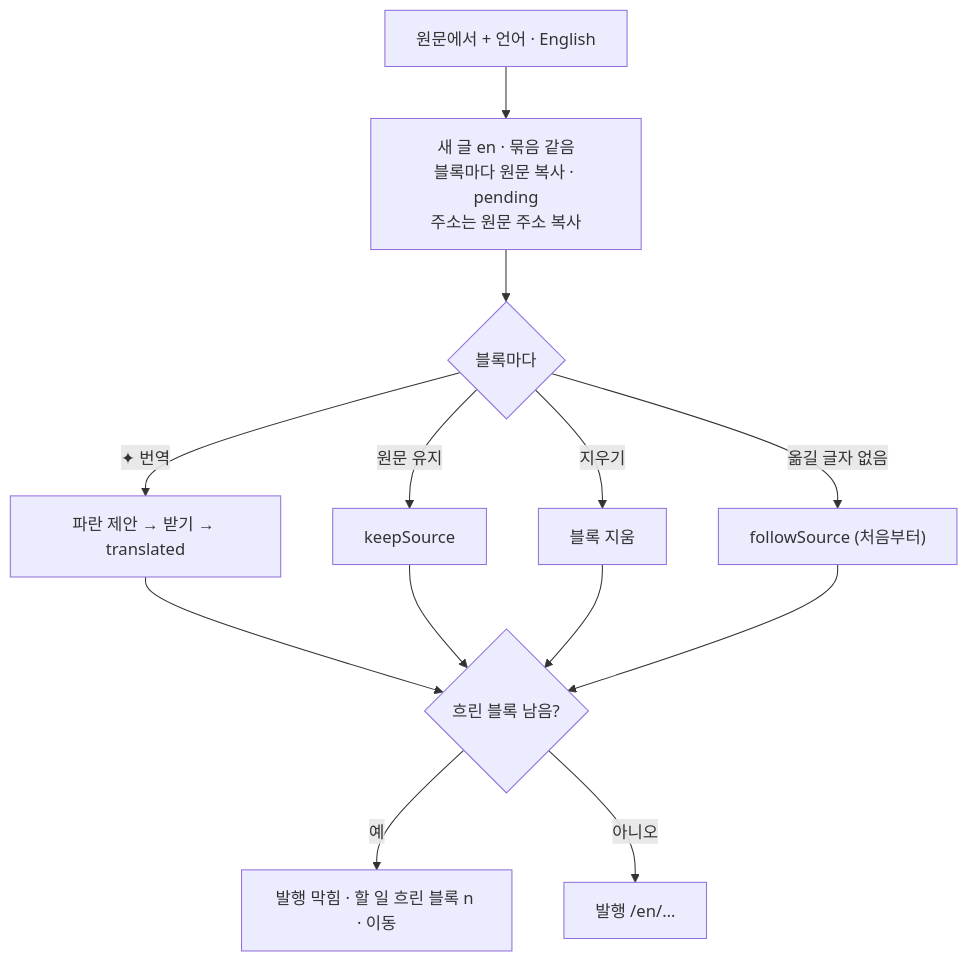
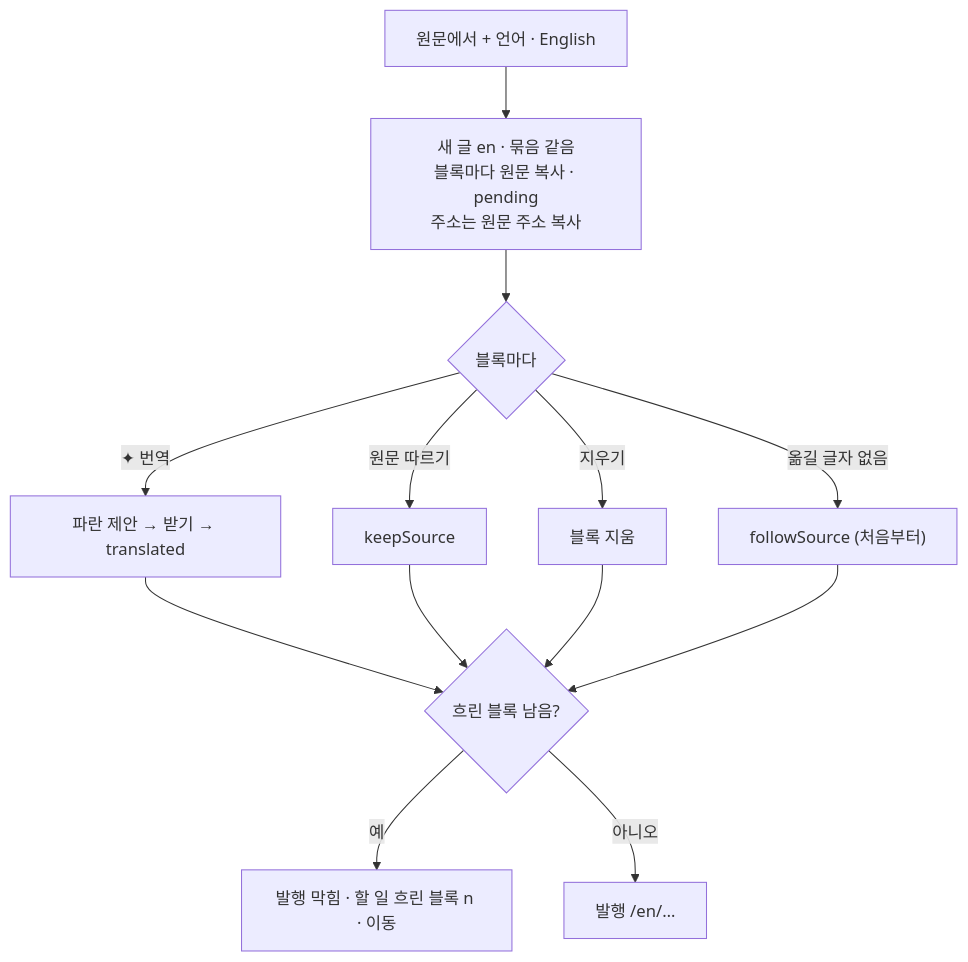
One commit to monti-cms/monti changed the third of 4 diagrams in docs/design/features/04-languages.md. Above: the diagram before and after it, drawn with Mermaid. The commit also changed other lines of this file and 19 other files, not shown here.

````diff
--- a/docs/design/features/04-languages.md
+++ b/docs/design/features/04-languages.md
@@ -113,15 +113,15 @@
 ```mermaid
 flowchart TD
   A["원문에서 + 언어 · English"] --> B["새 글 en · 묶음 같음<br/>블록마다 원문 복사 · pending<br/>주소는 원문 주소 복사"]
   B --> C{"블록마다"}
   C -->|✦ 번역| P["파란 제안 → 받기 → translated"]
-  C -->|원문 유지| K["keepSource"]
+  C -->|원문 따르기| K["keepSource"]
   C -->|지우기| X["블록 지움"]
   C -->|옮길 글자 없음| F["followSource (처음부터)"]
   P --> D{"흐린 블록 남음?"}
   K --> D
   X --> D
   F --> D
   D -->|예| BL["발행 막힘 · 할 일 흐린 블록 n · 이동"]
   D -->|아니오| PUB["발행 /en/…"]
 ```
````
